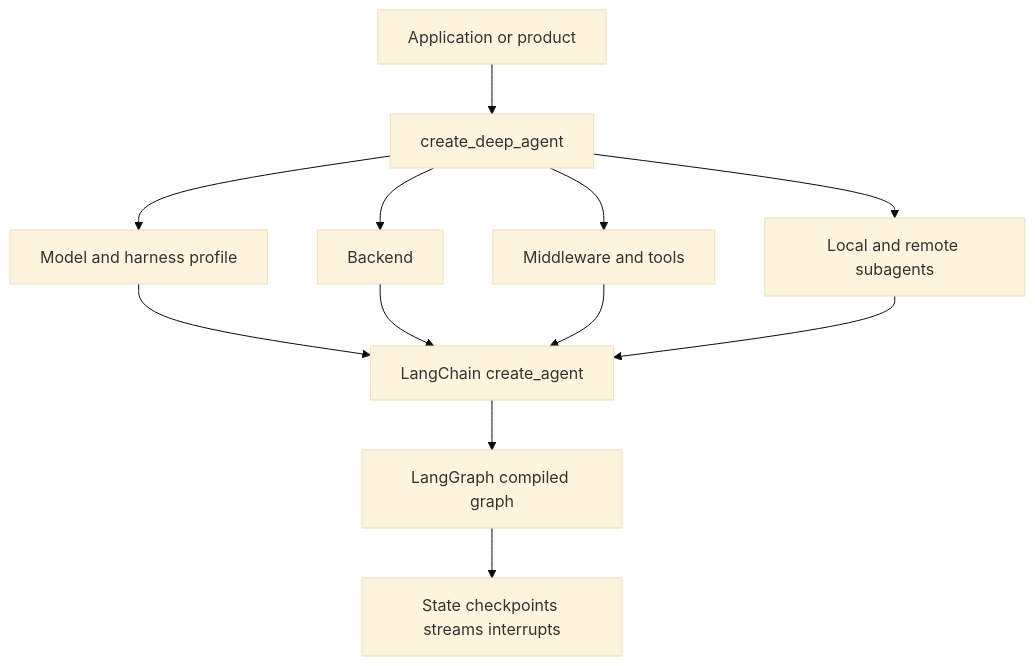
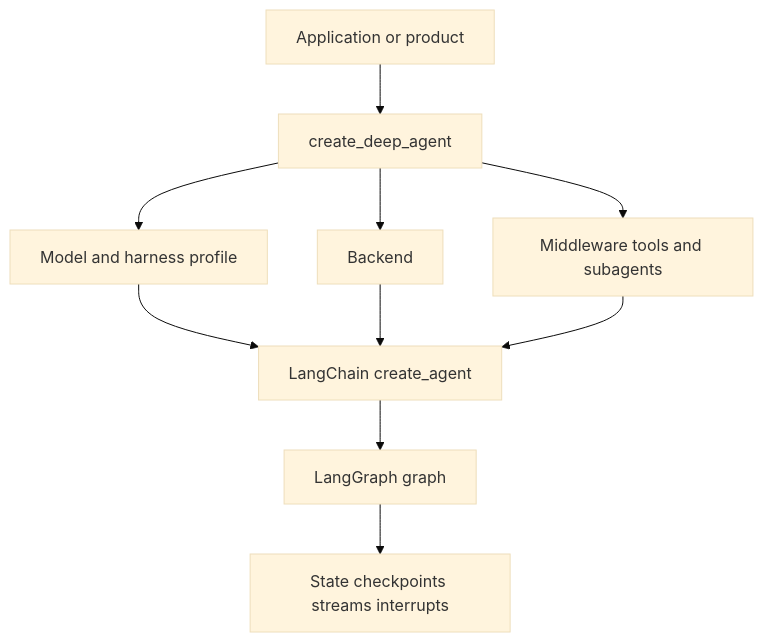
One commit to langchain-ai/deepagents changed the second of 2 diagrams in openwiki/architecture/overview.md. Above: the diagram before and after it, drawn with Mermaid (base theme). The commit also changed other lines of this file and 69 other files, not shown here.

````diff
--- a/openwiki/architecture/overview.md
+++ b/openwiki/architecture/overview.md
@@ -140,14 +115,12 @@
 ```mermaid
 flowchart TD
-  Caller["Application or product"] --> Builder["create_deep_agent"]
+  Product["Application or product"] --> Builder["create_deep_agent"]
   Builder --> Profile["Model and harness profile"]
   Builder --> Backend["Backend"]
-  Builder --> Middleware["Middleware and tools"]
-  Builder --> Delegation["Local and remote subagents"]
+  Builder --> Stack["Middleware tools and subagents"]
   Profile --> Agent["LangChain create_agent"]
   Backend --> Agent
-  Middleware --> Agent
-  Delegation --> Agent
-  Agent --> Graph["LangGraph compiled graph"]
-  Graph --> State["State checkpoints streams interrupts"]
+  Stack --> Agent
+  Agent --> Graph["LangGraph graph"]
+  Graph --> Runtime["State checkpoints streams interrupts"]
 ```
````
